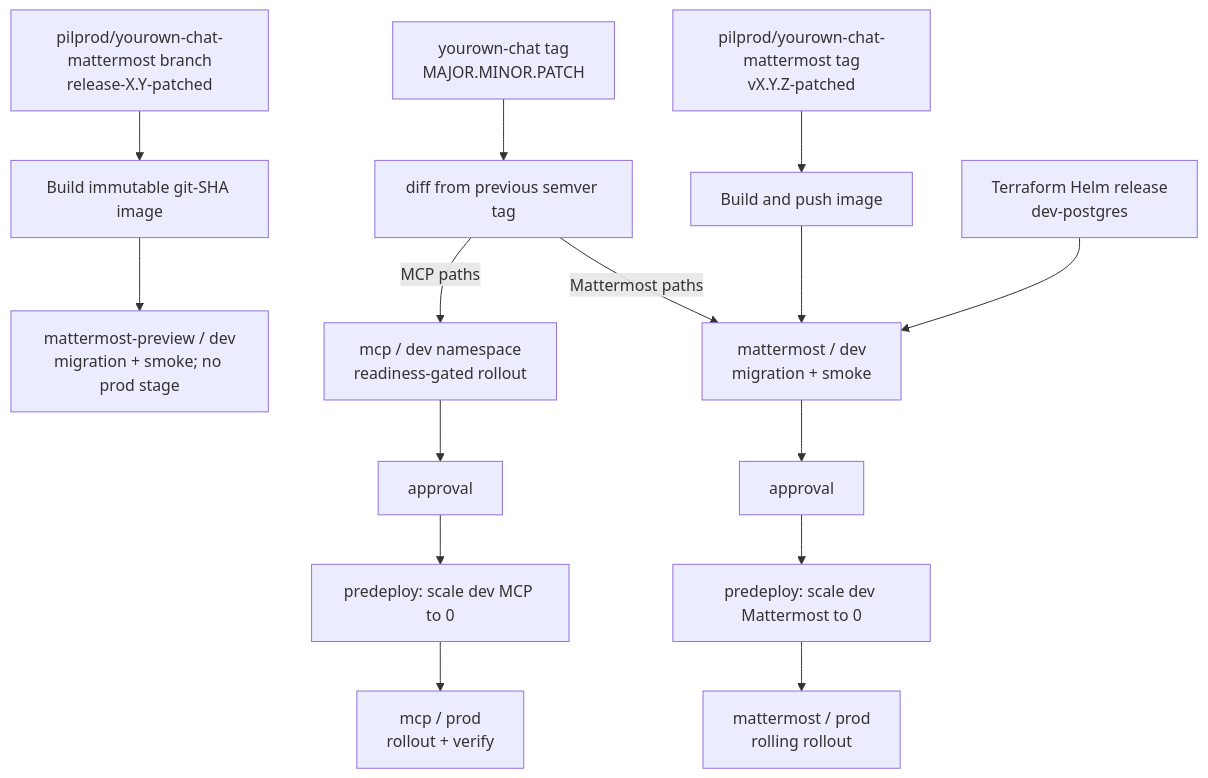
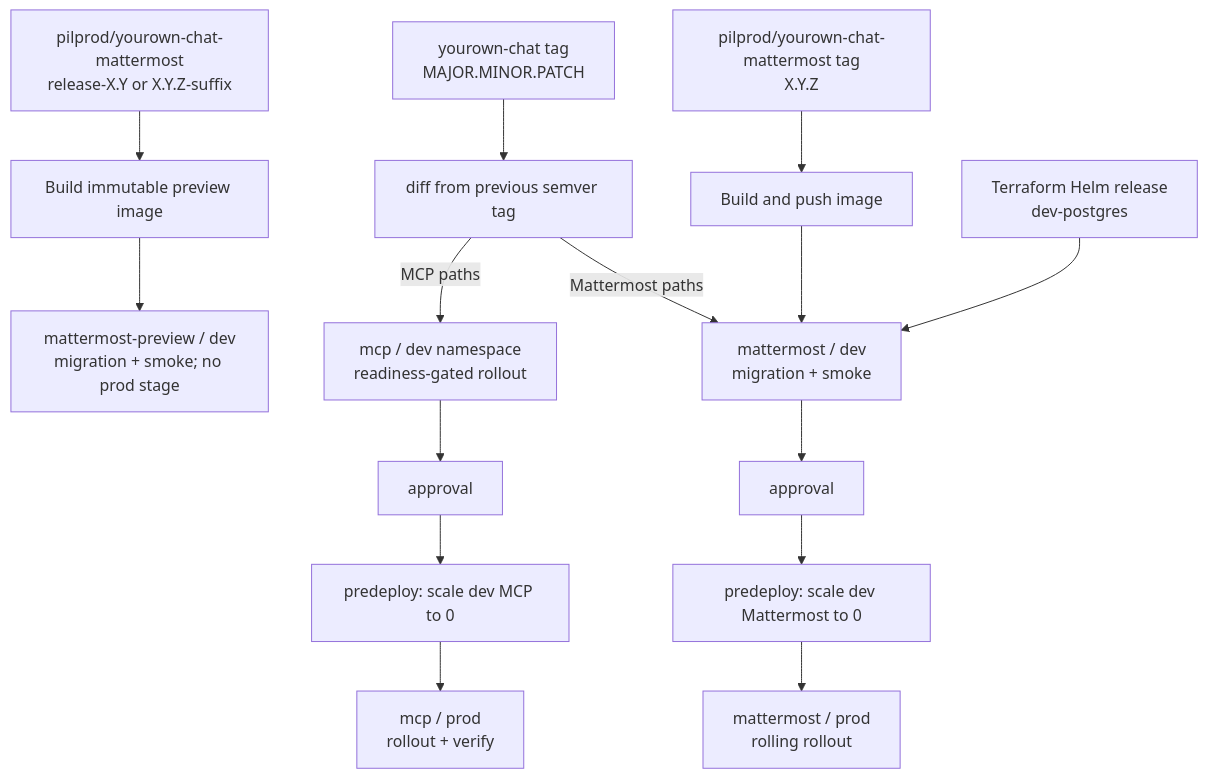
One commit to pilprod/yourown-chat changed the diagram in docs/DEPLOY.md. Above: the diagram before and after it, drawn with Mermaid. The commit also changed other lines of this file and 8 other files, not shown here.

````diff
--- a/docs/DEPLOY.md
+++ b/docs/DEPLOY.md
@@ -9,20 +9,20 @@
 ```mermaid
 flowchart TD
-  PREVIEW["pilprod/yourown-chat-mattermost branch<br/>release-X.Y-patched"] --> PBUILD["Build immutable git-SHA image"]
+  PREVIEW["pilprod/yourown-chat-mattermost<br/>release-X.Y or X.Y.Z-suffix"] --> PBUILD["Build immutable preview image"]
   PBUILD --> PDEV["mattermost-preview / dev<br/>migration + smoke; no prod stage"]
 
-  MT["pilprod/yourown-chat-mattermost tag<br/>vX.Y.Z-patched"] --> BUILD["Build and push image"]
+  MT["pilprod/yourown-chat-mattermost tag<br/>X.Y.Z"] --> BUILD["Build and push image"]
   BUILD --> MMTEST["mattermost / dev<br/>migration + smoke"]
   MMTEST --> MMAPPROVE["approval"]
   MMAPPROVE --> MMCLEAN["predeploy: scale dev Mattermost to 0"]
   MMCLEAN --> MMPROD["mattermost / prod<br/>rolling rollout"]
 
   PT["yourown-chat tag<br/>MAJOR.MINOR.PATCH"] --> DIFF["diff from previous semver tag"]
   DIFF -->|"Mattermost paths"| MMTEST
   DIFF -->|"MCP paths"| MCPDEV["mcp / dev namespace<br/>readiness-gated rollout"]
   MCPDEV --> MCPAPPROVE["approval"]
   MCPAPPROVE --> MCPCLEAN["predeploy: scale dev MCP to 0"]
   MCPCLEAN --> MCPPROD["mcp / prod<br/>rollout + verify"]
 
   PG["Terraform Helm release<br/>dev-postgres"] --> MMTEST
 ```
````
